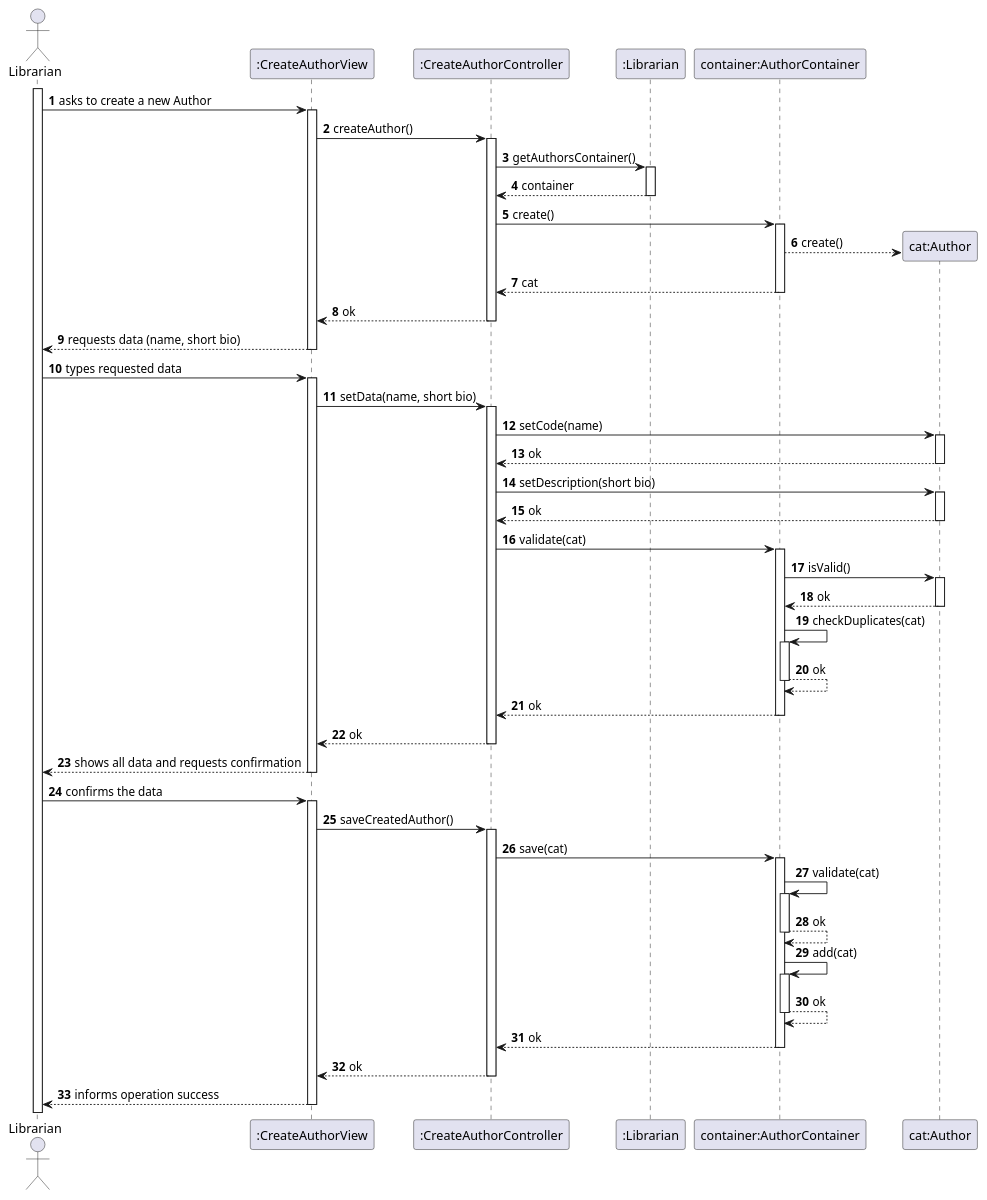
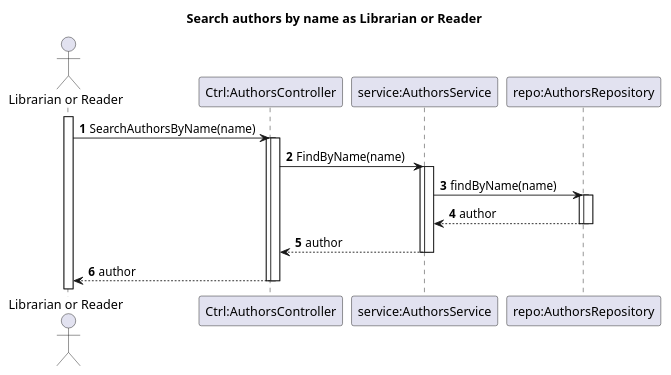
The diagram in Docs/Phase1/WP1A-Authors/Ph1-6-SearchAuthors/SD.puml (rutemf/1220944_1220772_G01), drawn with PlantUML before and after one commit. The commit also changed 10 other files, not shown here.

```diff
--- a/Docs/Phase1/WP1A-Authors/Ph1-6-SearchAuthors/SD.puml
+++ b/Docs/Phase1/WP1A-Authors/Ph1-6-SearchAuthors/SD.puml
@@ -1,52 +1,27 @@
 @startuml
 'https://plantuml.com/sequence-diagram
-
 autoactivate on
 autonumber
 
-actor "Librarian" as User
-participant ":CreateAuthorView" as System
-participant ":CreateAuthorController" as Ctrl
-participant ":Librarian" as Librarian
-participant "container:AuthorContainer" as Container
-participant "cat:Author" as Author
+title Search authors by name as Librarian or Reader
 
+actor "Librarian or Reader" as User
+participant "Ctrl:AuthorsController" as Ctrl
+participant "service:AuthorsService" as Service
+participant "repo:AuthorsRepository" as Repo
 activate User
 
-User -> System: asks to create a new Author
-System -> Ctrl: createAuthor()
-Ctrl -> Librarian: getAuthorsContainer()
-Librarian --> Ctrl: container
-Ctrl -> Container: create()
-Container --> Author**: create()
-Container --> Ctrl: cat
-Ctrl --> System: ok
-System --> User: requests data (name, short bio)
-
-User -> System: types requested data
-System -> Ctrl: setData(name, short bio)
-Ctrl -> Author: setCode(name)
-Author -->Ctrl: ok
-Ctrl -> Author: setDescription(short bio)
-Author --> Ctrl: ok
-Ctrl -> Container: validate(cat)
-Container -> Author: isValid()
-Author --> Container: ok
-Container -> Container: checkDuplicates(cat)
-Container --> Container : ok
-Container --> Ctrl: ok
-Ctrl --> System: ok
-System --> User: shows all data and requests confirmation
-
-User -> System: confirms the data
-System -> Ctrl: saveCreatedAuthor()
-Ctrl -> Container: save(cat)
-Container -> Container : validate(cat)
-Container --> Container : ok
-Container -> Container: add(cat)
-Container --> Container : ok
-Container --> Ctrl: ok
-Ctrl --> System: ok
-System --> User: informs operation success
+User -> Ctrl: SearchAuthorsByName(name)
+activate Ctrl
+Ctrl -> Service: FindByName(name)
+activate Service
+Service -> Repo: findByName(name)
+activate Repo
+Repo --> Service: author
+deactivate Repo
+Service --> Ctrl: author
+deactivate Service
+Ctrl --> User: author
+deactivate Ctrl
 
 @enduml
```
